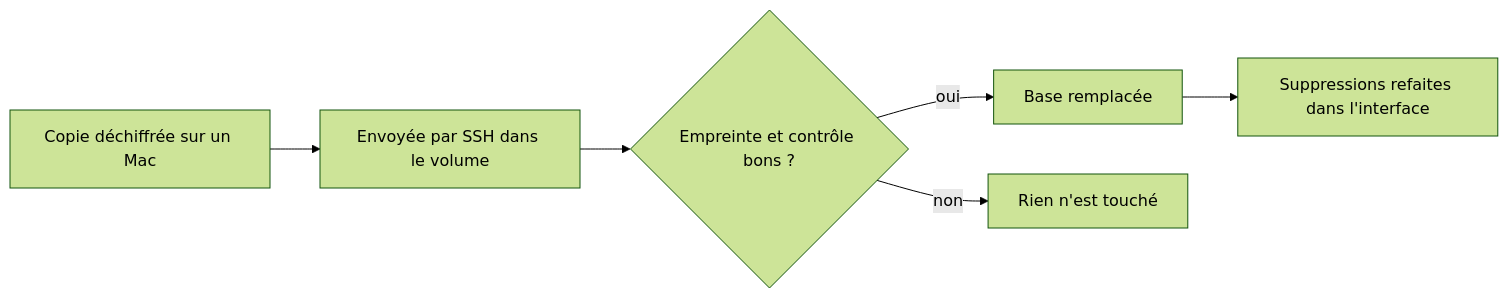
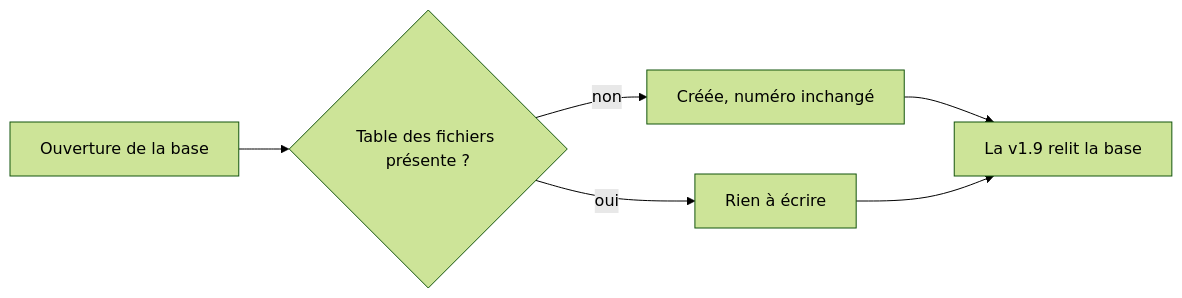
The first of 2 diagrams in hlyja/technique/decisions.humain.md (design-cpu/yeita-recrutement), drawn with Mermaid (forest theme) before and after one commit. The commit also changed other lines of this file and 20 other files, not shown here.

````diff
--- a/hlyja/technique/decisions.humain.md
+++ b/hlyja/technique/decisions.humain.md
@@ -93,8 +73,8 @@
 ```mermaid
 flowchart LR
-  A[Copie déchiffrée sur un Mac] --> B[Envoyée par SSH dans le volume]
-  B --> C{Empreinte et contrôle bons ?}
-  C -- oui --> D[Base remplacée]
-  C -- non --> E[Rien n'est touché]
-  D --> F[Suppressions refaites dans l'interface]
+  A[Ouverture de la base] --> B{Table des fichiers présente ?}
+  B -- non --> C[Créée, numéro inchangé]
+  B -- oui --> D[Rien à écrire]
+  C --> E[La v1.9 relit la base]
+  D --> E
 ```
````
